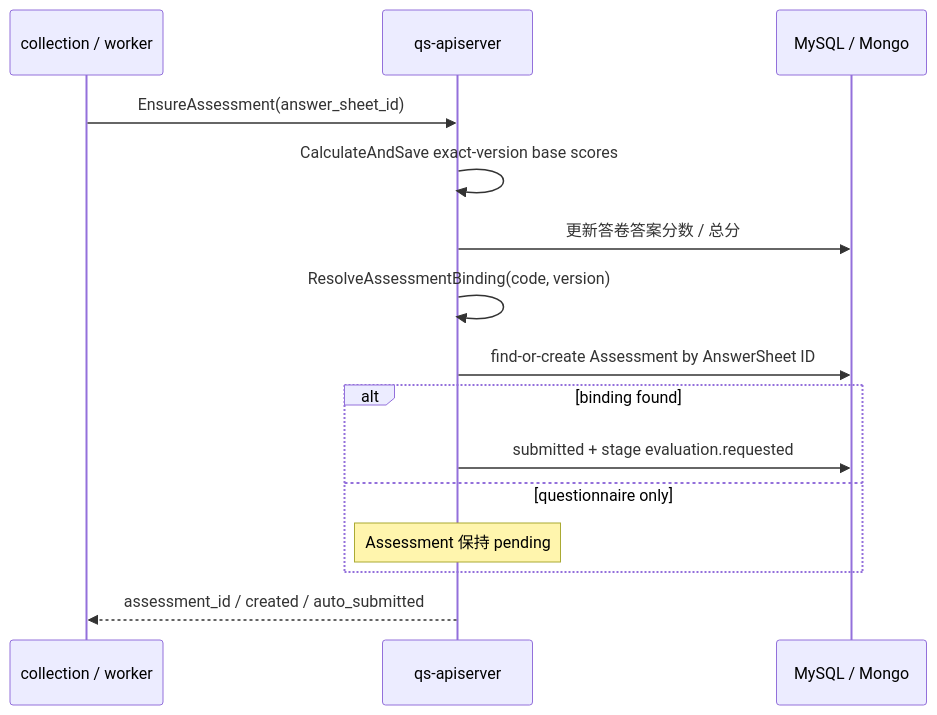
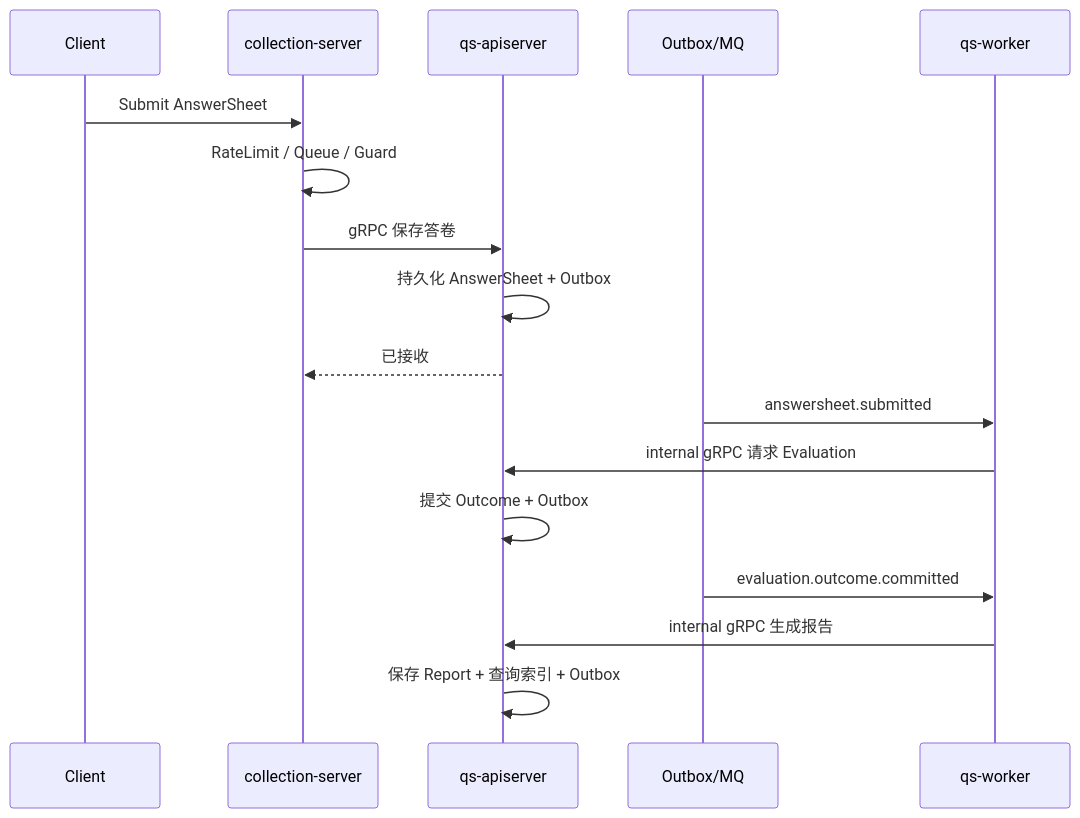
The diagram in docs/00-总览/03-核心业务链路.md (FangcunMount/qs-server), drawn with Mermaid before and after one commit. The commit also changed other lines of this file and 192 other files, not shown here.

````diff
--- a/docs/00-总览/03-核心业务链路.md
+++ b/docs/00-总览/03-核心业务链路.md
@@ -223,18 +18,20 @@
 ```mermaid
 sequenceDiagram
-    participant C as collection / worker
+    participant C as Client
+    participant B as collection-server
     participant A as qs-apiserver
-    participant DB as MySQL / Mongo
+    participant O as Outbox/MQ
+    participant W as qs-worker
 
-    C->>A: EnsureAssessment(answer_sheet_id)
-    A->>A: CalculateAndSave exact-version base scores
-    A->>DB: 更新答卷答案分数 / 总分
-    A->>A: ResolveAssessmentBinding(code, version)
-    A->>DB: find-or-create Assessment by AnswerSheet ID
-    alt binding found
-        A->>DB: submitted + stage evaluation.requested
-    else questionnaire only
-        Note over A: Assessment 保持 pending
-    end
-    A-->>C: assessment_id / created / auto_submitted
+    C->>B: Submit AnswerSheet
+    B->>B: RateLimit / Queue / Guard
+    B->>A: gRPC 保存答卷
+    A->>A: 持久化 AnswerSheet + Outbox
+    A-->>B: 已接收
+    O->>W: answersheet.submitted
+    W->>A: internal gRPC 请求 Evaluation
+    A->>A: 提交 Outcome + Outbox
+    O->>W: evaluation.outcome.committed
+    W->>A: internal gRPC 生成报告
+    A->>A: 保存 Report + 查询索引 + Outbox
 ```
````
